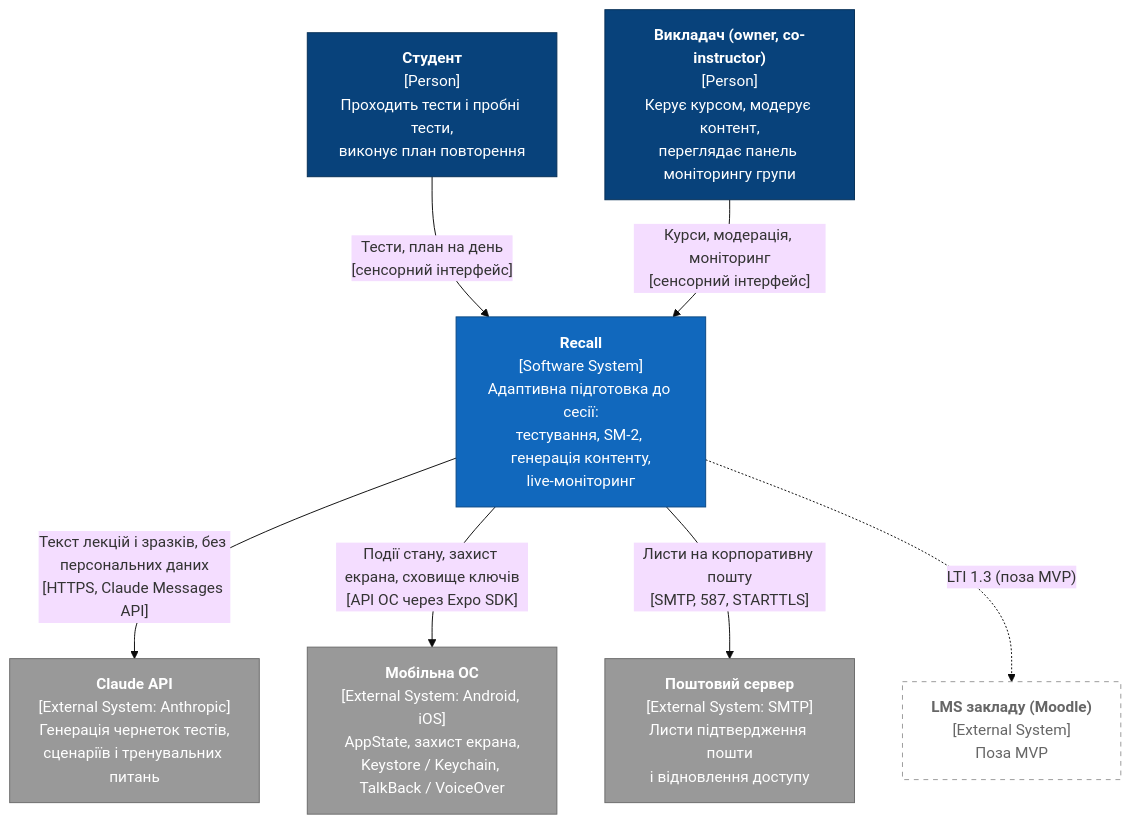
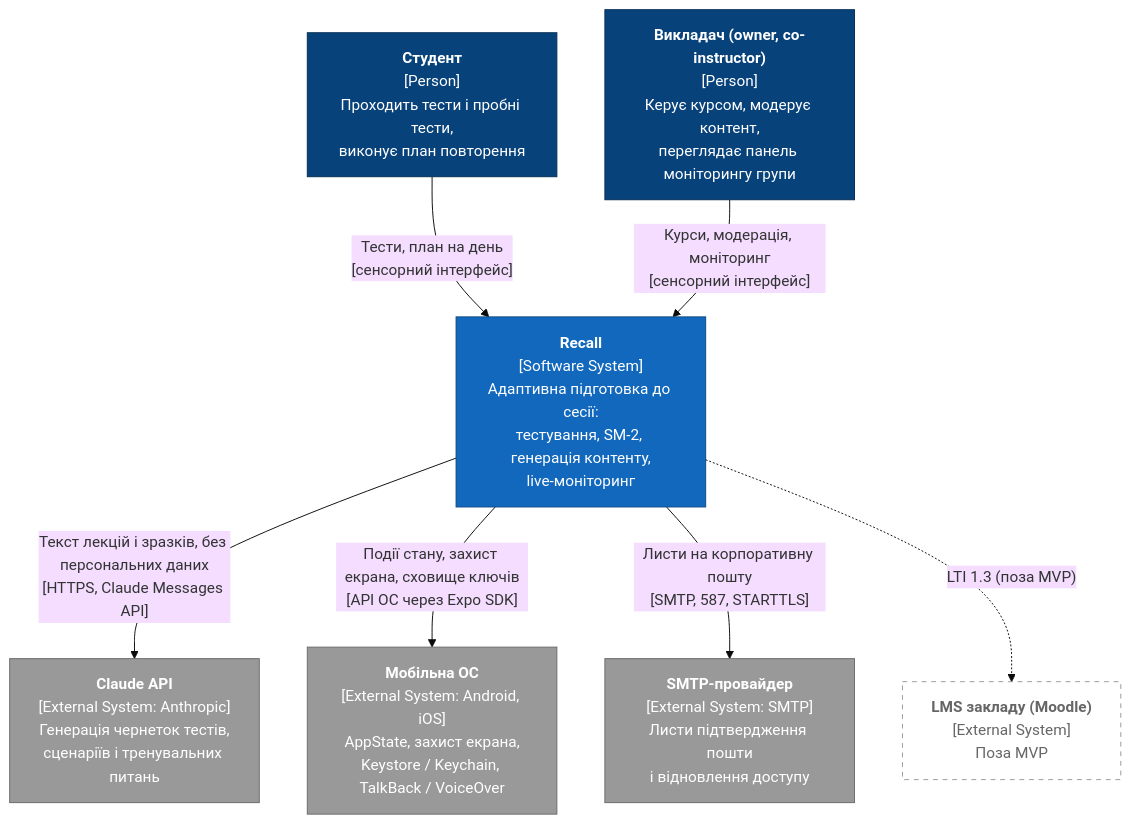
The first of 5 diagrams in docs/2_design.md (MarcoGr11/Recall), drawn with Mermaid (base theme) before and after one commit. The commit also changed other lines of this file and 3 other files, not shown here.

````diff
--- a/docs/2_design.md
+++ b/docs/2_design.md
@@ -145,26 +145,26 @@
 ```mermaid
 flowchart TB
     student["<b>Студент</b><br/>[Person]<br/>Проходить тести і пробні тести,<br/>виконує план повторення"]
     teacher["<b>Викладач (owner, co-instructor)</b><br/>[Person]<br/>Керує курсом, модерує контент,<br/>переглядає панель моніторингу групи"]
     recall["<b>Recall</b><br/>[Software System]<br/>Адаптивна підготовка до сесії:<br/>тестування, SM-2, генерація контенту,<br/>live-моніторинг"]
     claude["<b>Claude API</b><br/>[External System: Anthropic]<br/>Генерація чернеток тестів,<br/>сценаріїв і тренувальних питань"]
     os["<b>Мобільна ОС</b><br/>[External System: Android, iOS]<br/>AppState, захист екрана,<br/>Keystore / Keychain, TalkBack / VoiceOver"]
-    smtp["<b>Поштовий сервер</b><br/>[External System: SMTP]<br/>Листи підтвердження пошти<br/>і відновлення доступу"]
+    smtp["<b>SMTP-провайдер</b><br/>[External System: SMTP]<br/>Листи підтвердження пошти<br/>і відновлення доступу"]
     lms["<b>LMS закладу (Moodle)</b><br/>[External System]<br/>Поза MVP"]
 
     student -- "Тести, план на день<br/>[сенсорний інтерфейс]" --> recall
     teacher -- "Курси, модерація, моніторинг<br/>[сенсорний інтерфейс]" --> recall
     recall -- "Текст лекцій і зразків, без персональних даних<br/>[HTTPS, Claude Messages API]" --> claude
     recall -- "Події стану, захист екрана, сховище ключів<br/>[API ОС через Expo SDK]" --> os
     recall -- "Листи на корпоративну пошту<br/>[SMTP, 587, STARTTLS]" --> smtp
     recall -. "LTI 1.3 (поза MVP)" .-> lms
 
     classDef person fill:#08427b,stroke:#052e56,color:#fff
     classDef system fill:#1168bd,stroke:#0b4884,color:#fff
     classDef ext fill:#999999,stroke:#6b6b6b,color:#fff
     classDef future fill:#ffffff,stroke:#999999,color:#666666,stroke-dasharray:5 5
     class student,teacher person
     class recall system
     class claude,os,smtp ext
     class lms future
 ```
````
